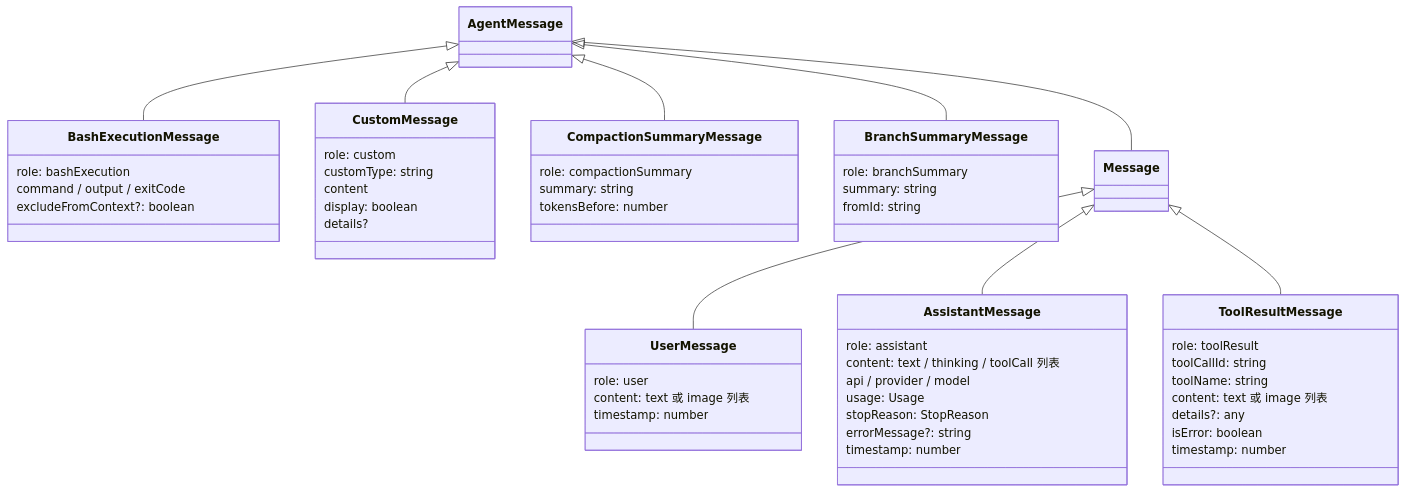
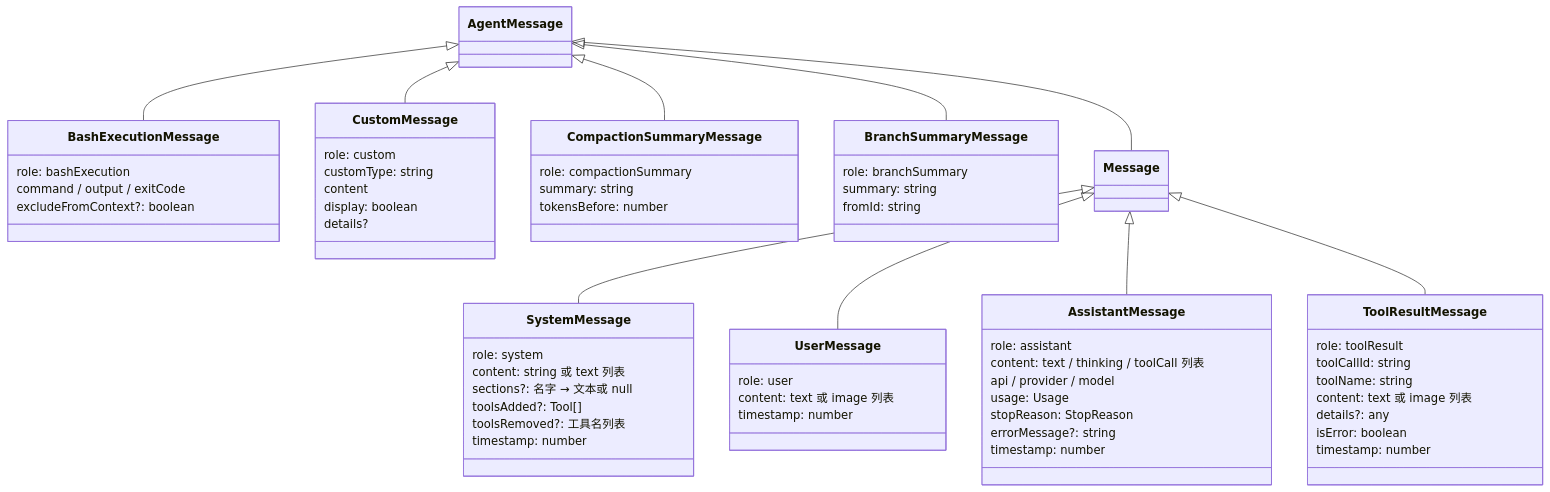
One commit to nickqiaoo/nickqiaoo.github.io changed the second of 18 diagrams in src/content/post/agents-pi-mono/index.md. Above: the diagram before and after it, drawn with Mermaid. The commit also changed other lines of this file and 1 other file, not shown here.

````diff
--- a/src/content/post/agents-pi-mono/index.md
+++ b/src/content/post/agents-pi-mono/index.md
@@ -39,56 +47,65 @@
 ```mermaid
 classDiagram
+  class SystemMessage {
+    role: system
+    content: string 或 text 列表
+    sections?: 名字 → 文本或 null
+    toolsAdded?: Tool[]
+    toolsRemoved?: 工具名列表
+    timestamp: number
+  }
   class UserMessage {
     role: user
     content: text 或 image 列表
     timestamp: number
   }
   class AssistantMessage {
     role: assistant
     content: text / thinking / toolCall 列表
     api / provider / model
     usage: Usage
     stopReason: StopReason
     errorMessage?: string
     timestamp: number
   }
   class ToolResultMessage {
     role: toolResult
     toolCallId: string
     toolName: string
     content: text 或 image 列表
     details?: any
     isError: boolean
     timestamp: number
   }
   class BashExecutionMessage {
     role: bashExecution
     command / output / exitCode
     excludeFromContext?: boolean
   }
   class CustomMessage {
     role: custom
     customType: string
     content
     display: boolean
     details?
   }
   class CompactionSummaryMessage {
     role: compactionSummary
     summary: string
     tokensBefore: number
   }
   class BranchSummaryMessage {
     role: branchSummary
     summary: string
     fromId: string
   }
+  Message <|-- SystemMessage
   Message <|-- UserMessage
   Message <|-- AssistantMessage
   Message <|-- ToolResultMessage
   AgentMessage <|-- Message
   AgentMessage <|-- BashExecutionMessage
   AgentMessage <|-- CustomMessage
   AgentMessage <|-- CompactionSummaryMessage
   AgentMessage <|-- BranchSummaryMessage
 ```
````
